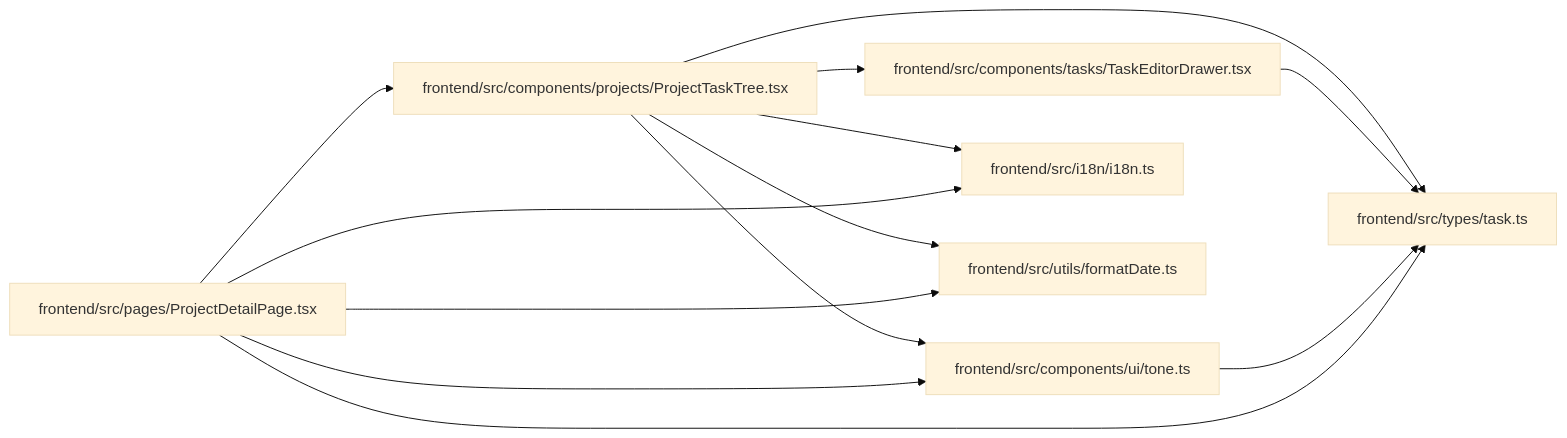
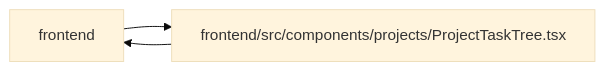
The diagram in docs/llm_wiki/modules/ProjectTaskTree.md (Denissvgn/WorkChord), drawn with Mermaid (base theme) before and after one commit. The commit also changed other lines of this file and 2373 other files, not shown here.

````diff
--- a/docs/llm_wiki/modules/ProjectTaskTree.md
+++ b/docs/llm_wiki/modules/ProjectTaskTree.md
@@ -35,29 +41,8 @@
 ```mermaid
 flowchart LR
-    n0["frontend/src/components/projects/ProjectTaskTree.tsx"]
-    n1["frontend/src/components/tasks/TaskEditorDrawer.tsx"]
-    n2["frontend/src/components/ui/tone.ts"]
-    n3["frontend/src/i18n/i18n.ts"]
-    n4["frontend/src/pages/ProjectDetailPage.tsx"]
-    n5["frontend/src/types/task.ts"]
-    n6["frontend/src/utils/formatDate.ts"]
+    n0["frontend"]
+    n1["frontend/src/components/projects/ProjectTaskTree.tsx"]
     n0 --> n1
-    n0 --> n2
-    n0 --> n3
-    n0 --> n5
-    n0 --> n6
-    n1 --> n5
-    n2 --> n5
-    n4 --> n0
-    n4 --> n2
-    n4 --> n3
-    n4 --> n5
-    n4 --> n6
-    click n0 "../modules/ProjectTaskTree.md"
-    click n1 "../modules/TaskEditorDrawer.md"
-    click n2 "../modules/tone.md"
-    click n3 "../modules/i18n.md"
-    click n4 "../modules/ProjectDetailPage.md"
-    click n5 "../modules/types_task.md"
-    click n6 "../modules/formatDate.md"
+    n1 --> n0
+    click n1 "../modules/ProjectTaskTree.md"
 ```
````
